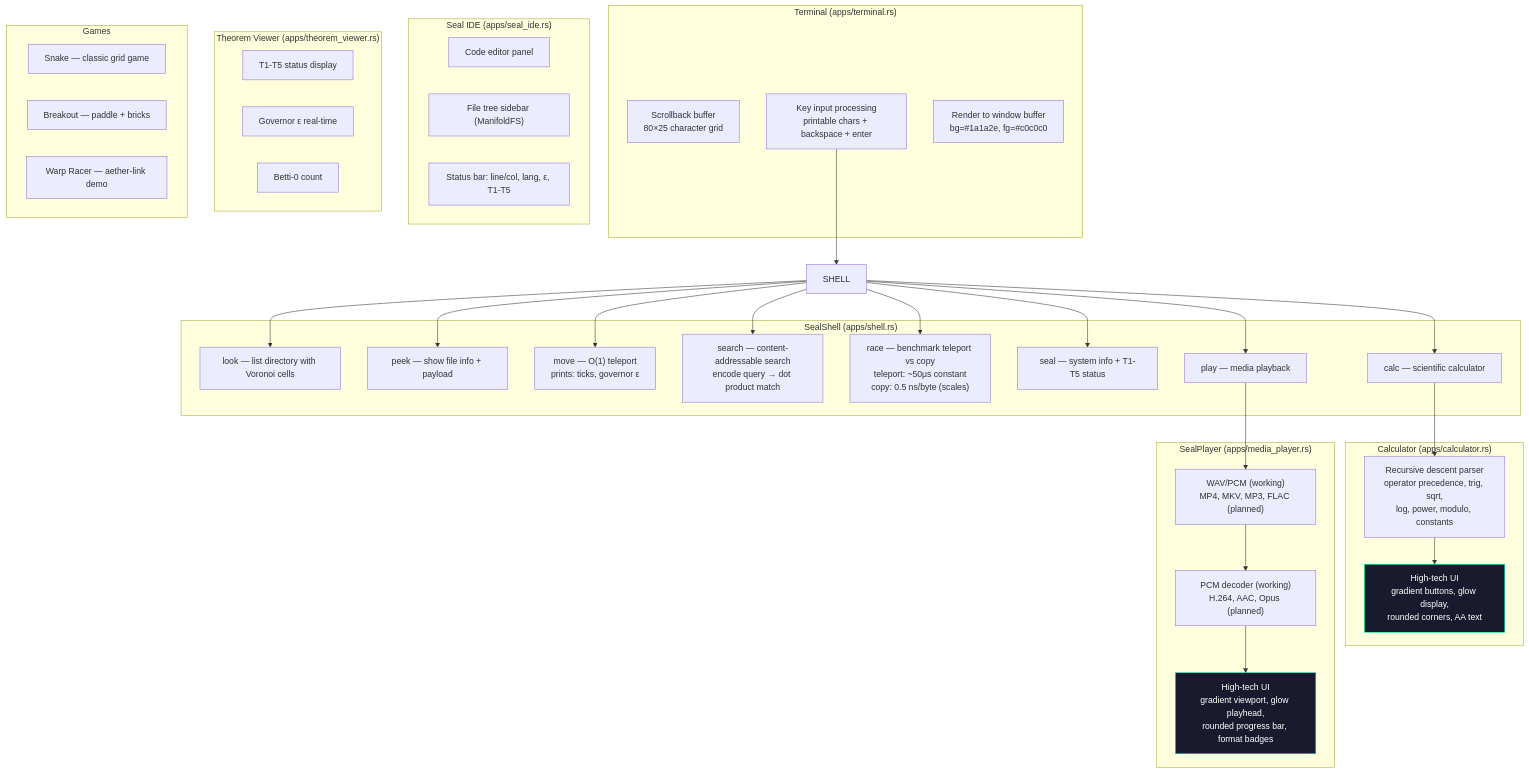
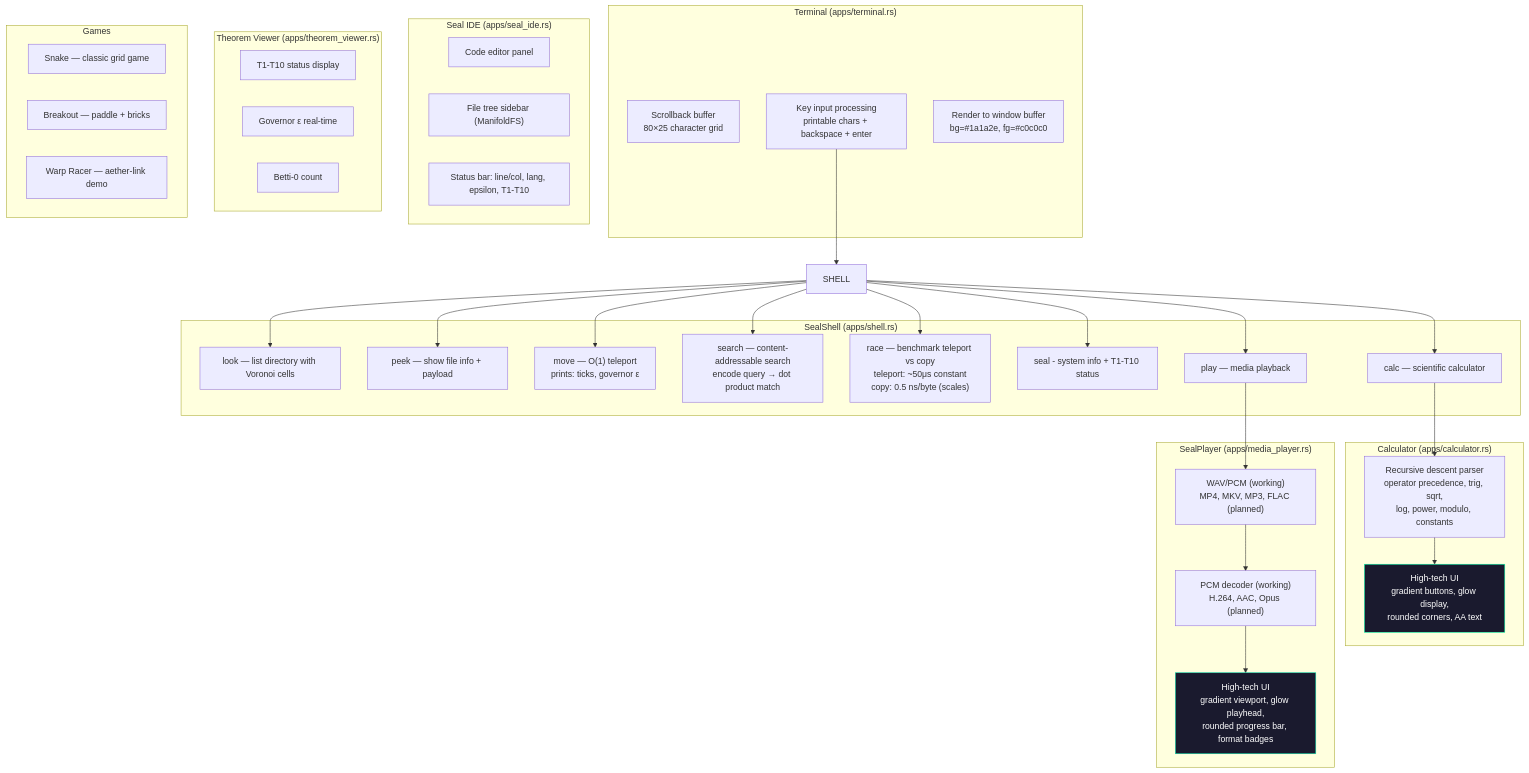
Before and after one commit to teerthsharma/Epsilon-Hollow: diagram 12 of 18 in README.md, drawn with Mermaid. The commit also changed other lines of this file and 295 other files, not shown here.

````diff
--- a/README.md
+++ b/README.md
@@ -896,58 +911,58 @@
 ```mermaid
 graph TD
     subgraph "Terminal (apps/terminal.rs)"
         TERM_BUF["Scrollback buffer<br/>80×25 character grid"]
         TERM_IN["Key input processing<br/>printable chars + backspace + enter"]
         TERM_RENDER["Render to window buffer<br/>bg=#1a1a2e, fg=#c0c0c0"]
     end
 
     subgraph "SealShell (apps/shell.rs)"
         LS["look — list directory with Voronoi cells"]
         CAT["peek — show file info + payload"]
         MV["move — O(1) teleport<br/>prints: ticks, governor ε"]
         FIND["search — content-addressable search<br/>encode query → dot product match"]
         RACE["race — benchmark teleport vs copy<br/>teleport: ~50μs constant<br/>copy: 0.5 ns/byte (scales)"]
-        THEOREMS["seal — system info + T1-T5 status"]
+        THEOREMS["seal - system info + T1-T10 status"]
         CALC_CMD["calc — scientific calculator"]
         PLAY_CMD["play — media playback"]
     end
 
     subgraph "Calculator (apps/calculator.rs)"
         CALC_PARSE["Recursive descent parser<br/>operator precedence, trig, sqrt,<br/>log, power, modulo, constants"]
         CALC_UI["High-tech UI<br/>gradient buttons, glow display,<br/>rounded corners, AA text"]
     end
 
     subgraph "SealPlayer (apps/media_player.rs)"
         PLAYER_FMT["WAV/PCM (working)<br/>MP4, MKV, MP3, FLAC (planned)"]
         PLAYER_CODEC["PCM decoder (working)<br/>H.264, AAC, Opus (planned)"]
         PLAYER_UI["High-tech UI<br/>gradient viewport, glow playhead,<br/>rounded progress bar, format badges"]
     end
 
     subgraph "Seal IDE (apps/seal_ide.rs)"
         IDE_EDIT["Code editor panel"]
         IDE_TREE["File tree sidebar (ManifoldFS)"]
-        IDE_STATUS["Status bar: line/col, lang, ε, T1-T5"]
+        IDE_STATUS["Status bar: line/col, lang, epsilon, T1-T10"]
     end
 
     subgraph "Theorem Viewer (apps/theorem_viewer.rs)"
-        TV_LIST["T1-T5 status display"]
+        TV_LIST["T1-T10 status display"]
         TV_EPS["Governor ε real-time"]
         TV_BETTI["Betti-0 count"]
     end
 
     subgraph "Games"
         SNAKE["Snake — classic grid game"]
         BREAKOUT["Breakout — paddle + bricks"]
         WARP["Warp Racer — aether-link demo"]
     end
 
     TERM_IN --> SHELL
     SHELL --> LS & CAT & MV & FIND & RACE & THEOREMS & CALC_CMD & PLAY_CMD
     CALC_CMD --> CALC_PARSE
     CALC_PARSE --> CALC_UI
     PLAY_CMD --> PLAYER_FMT
     PLAYER_FMT --> PLAYER_CODEC --> PLAYER_UI
 
     style CALC_UI fill:#1a1a2e,stroke:#00ffaa,color:#fff
     style PLAYER_UI fill:#1a1a2e,stroke:#00ddaa,color:#fff
 ```
````
